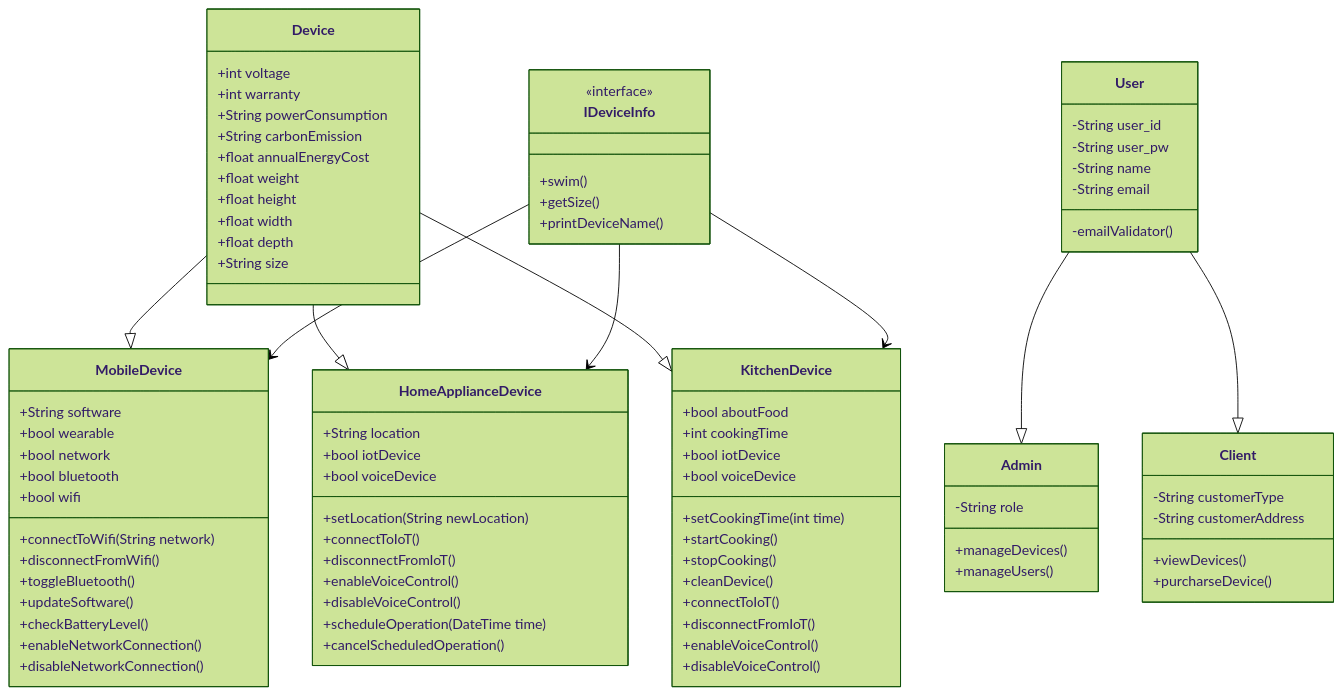
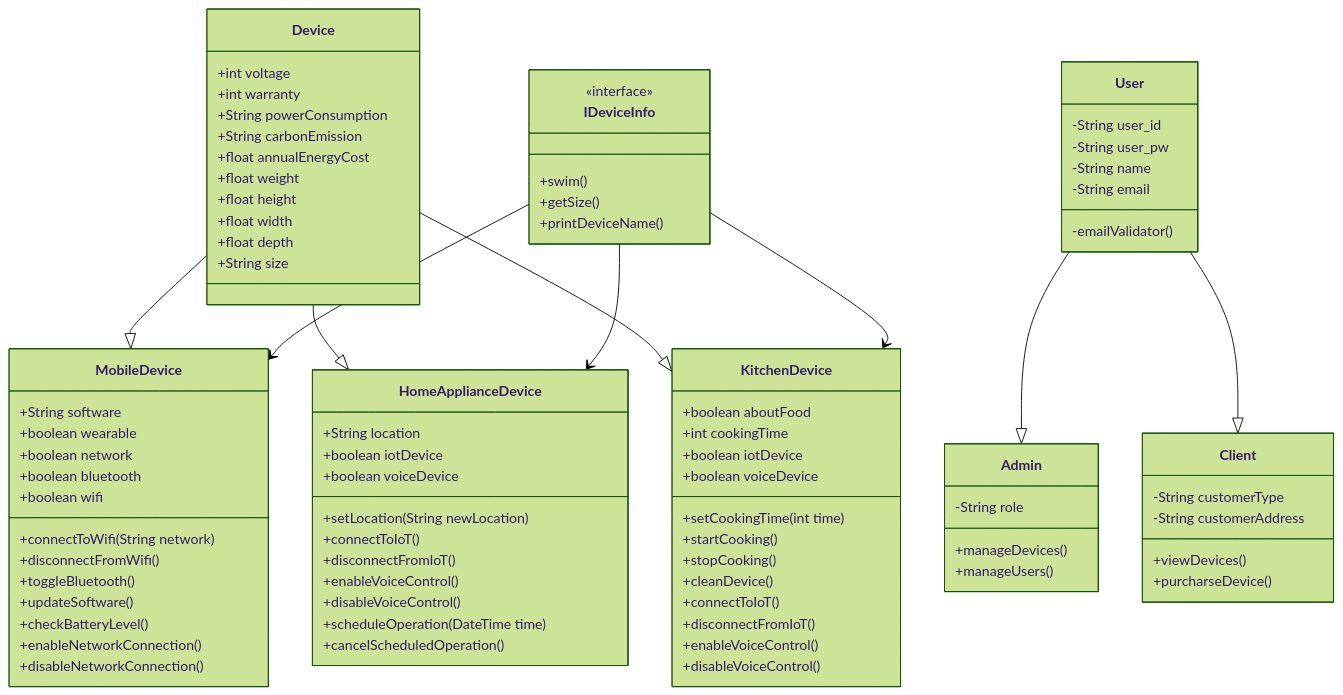
One commit to fish895623/teamproject changed the first of 2 diagrams in ClassDiagram.md. Above: the diagram before and after it, drawn with Mermaid (forest theme). The commit also changed other lines of this file, not shown here.

Commit message:
change bool to boolean

```diff
--- a/ClassDiagram.md
+++ b/ClassDiagram.md
@@ -20,11 +20,11 @@
 
 class MobileDevice {
   +String software
-  +bool wearable
+  +boolean wearable
 
-  +bool network
-  +bool bluetooth
-  +bool wifi
+  +boolean network
+  +boolean bluetooth
+  +boolean wifi
 
   +connectToWifi(String network)
   +disconnectFromWifi()
@@ -36,8 +36,8 @@
 }
 class HomeApplianceDevice {
   +String location
-  +bool iotDevice
-  +bool voiceDevice
+  +boolean iotDevice
+  +boolean voiceDevice
 
   +setLocation(String newLocation)
   +connectToIoT()
@@ -48,10 +48,10 @@
   +cancelScheduledOperation()
 }
 class KitchenDevice {
-  +bool aboutFood
+  +boolean aboutFood
   +int cookingTime
-  +bool iotDevice
-  +bool voiceDevice
+  +boolean iotDevice
+  +boolean voiceDevice
 
   +setCookingTime(int time)
   +startCooking()
```
